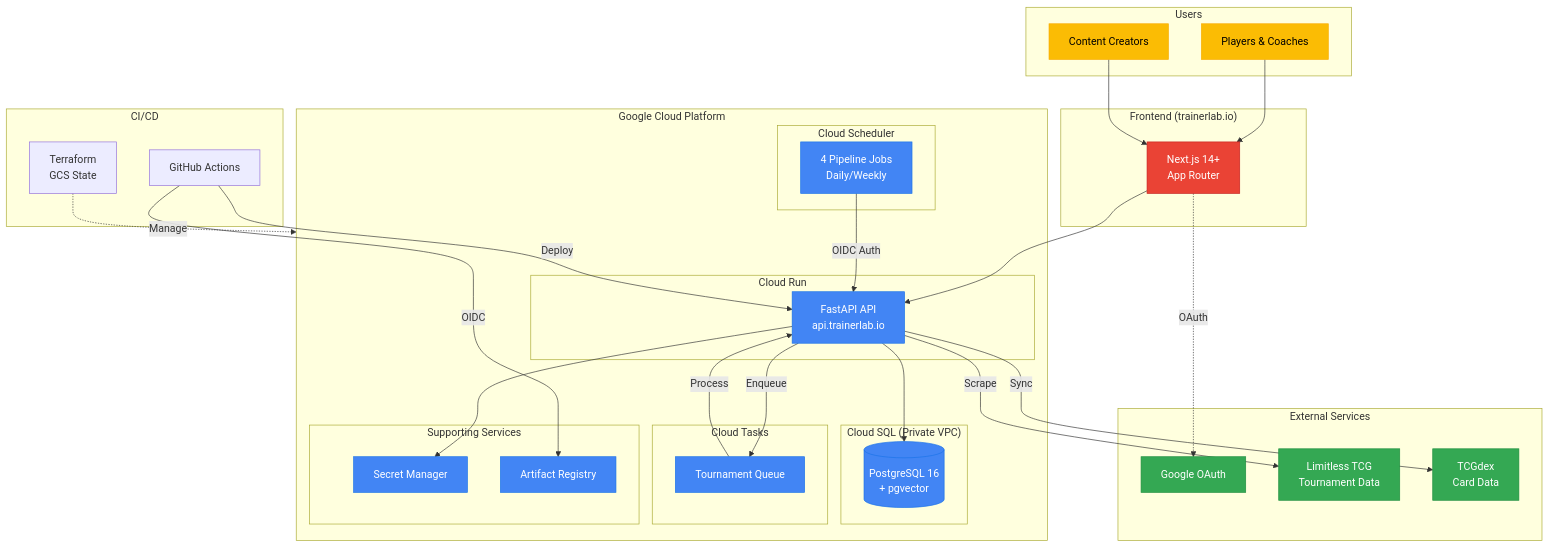
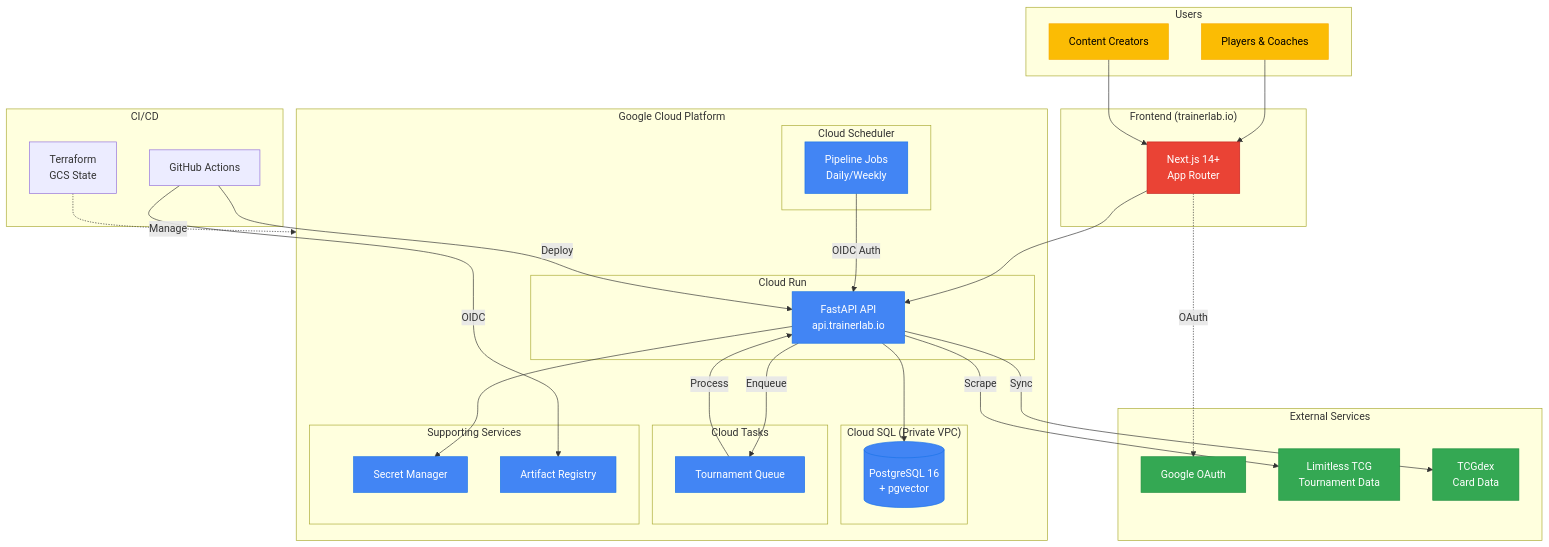
Before and after one commit to dtsong/trainerlab: the diagram in docs/architecture/SYSTEM_OVERVIEW.md, drawn with Mermaid. The commit also changed 15 other files, not shown here.

````diff
--- a/docs/architecture/SYSTEM_OVERVIEW.md
+++ b/docs/architecture/SYSTEM_OVERVIEW.md
@@ -11,78 +11,78 @@
 ```mermaid
 flowchart TB
     subgraph Users["Users"]
         Player["Players & Coaches"]
         Creator["Content Creators"]
     end
 
     subgraph Frontend["Frontend (trainerlab.io)"]
         Web["Next.js 14+<br/>App Router"]
     end
 
     subgraph GCP["Google Cloud Platform"]
         subgraph CloudRun["Cloud Run"]
             API["FastAPI API<br/>api.trainerlab.io"]
         end
 
         subgraph CloudSQL["Cloud SQL (Private VPC)"]
             DB[("PostgreSQL 16<br/>+ pgvector")]
         end
 
         subgraph Scheduler["Cloud Scheduler"]
-            Jobs["4 Pipeline Jobs<br/>Daily/Weekly"]
+            Jobs["Pipeline Jobs<br/>Daily/Weekly"]
         end
 
         subgraph CloudTasks["Cloud Tasks"]
             Queue["Tournament Queue"]
         end
 
         subgraph Supporting["Supporting Services"]
             Secrets["Secret Manager"]
             Registry["Artifact Registry"]
         end
     end
 
     subgraph External["External Services"]
         Google["Google OAuth"]
         Limitless["Limitless TCG<br/>Tournament Data"]
         TCGdex["TCGdex<br/>Card Data"]
     end
 
     subgraph CICD["CI/CD"]
         GitHub["GitHub Actions"]
         Terraform["Terraform<br/>GCS State"]
     end
 
     %% User flows
     Player --> Web
     Creator --> Web
     Web --> API
     Web -.->|"OAuth"| Google
 
     %% API connections
     API --> DB
     API --> Secrets
     API -->|"Enqueue"| Queue
     Queue -->|"Process"| API
     API -->|"Scrape"| Limitless
     API -->|"Sync"| TCGdex
 
     %% Scheduler
     Jobs -->|"OIDC Auth"| API
 
     %% CI/CD
     GitHub -->|"OIDC"| Registry
     GitHub -->|"Deploy"| API
     Terraform -.->|"Manage"| GCP
 
     %% Styling
     classDef gcp fill:#4285f4,stroke:#1a73e8,color:#fff
     classDef external fill:#34a853,stroke:#1e8e3e,color:#fff
     classDef user fill:#fbbc04,stroke:#f9ab00,color:#000
     classDef frontend fill:#ea4335,stroke:#c5221f,color:#fff
 
     class API,DB,Jobs,Secrets,Registry,Queue gcp
     class Google,Limitless,TCGdex external
     class Player,Creator user
     class Web frontend
 ```
````
